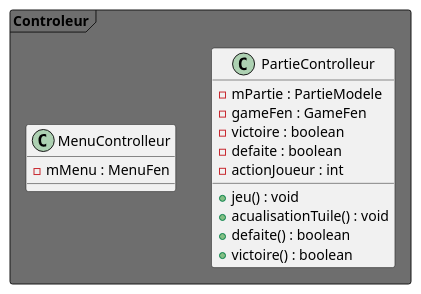
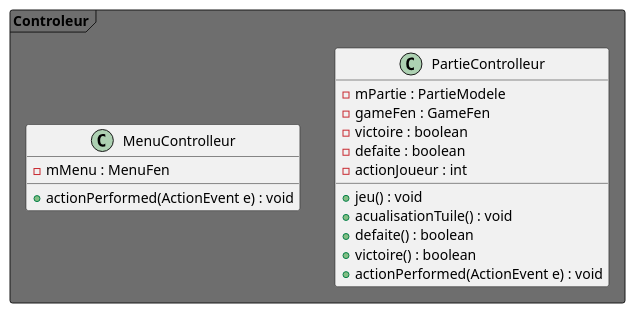
Before and after one commit to Erathriel/Projet_LO43: the diagram in UML/Control.puml, drawn with PlantUML.

Commit message:
Controle uml

```diff
--- a/UML/Control.puml
+++ b/UML/Control.puml
@@ -1,20 +1,22 @@
 @startuml
 
 Package "Controleur" <<Frame>> #6E6E6E {
     class PartieControlleur {
         - mPartie : PartieModele
         - gameFen : GameFen
         - victoire : boolean
         - defaite : boolean
         - actionJoueur : int
         + jeu() : void
         + acualisationTuile() : void
         + defaite() : boolean
         + victoire() : boolean
+        + actionPerformed(ActionEvent e) : void
     }
     class MenuControlleur {
         - mMenu : MenuFen
+        + actionPerformed(ActionEvent e) : void
     }
 }
 
 @enduml
```
